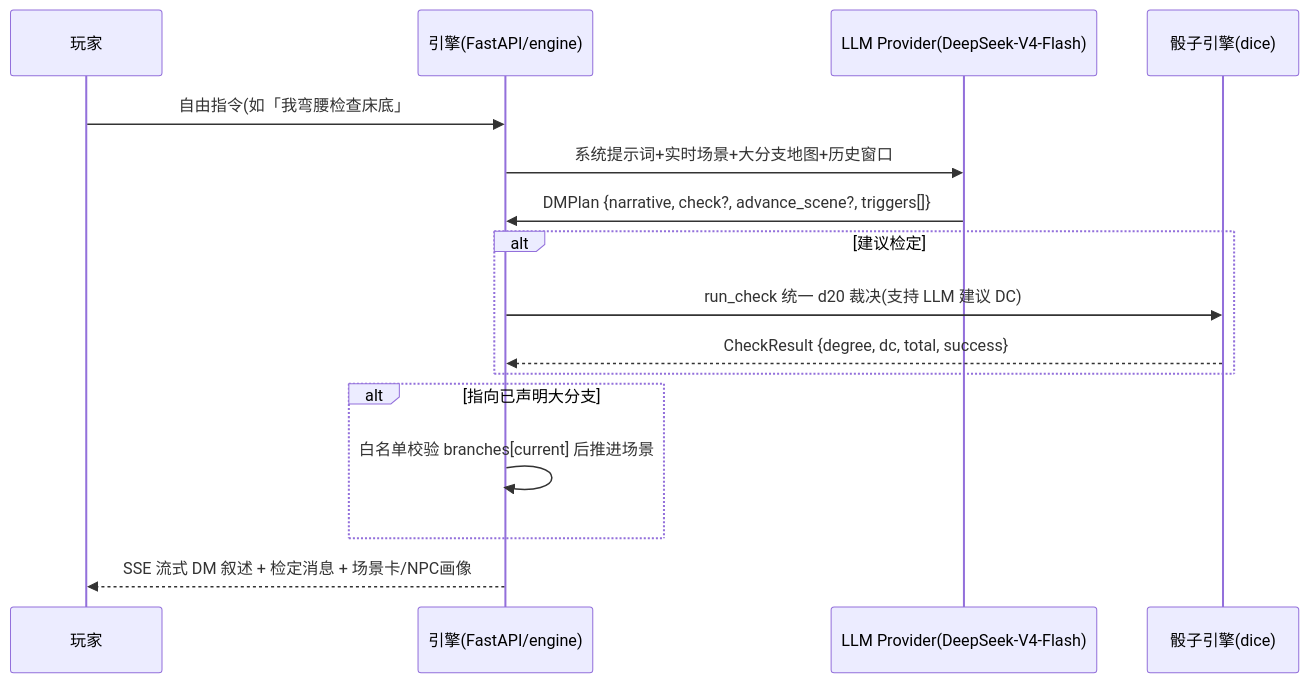
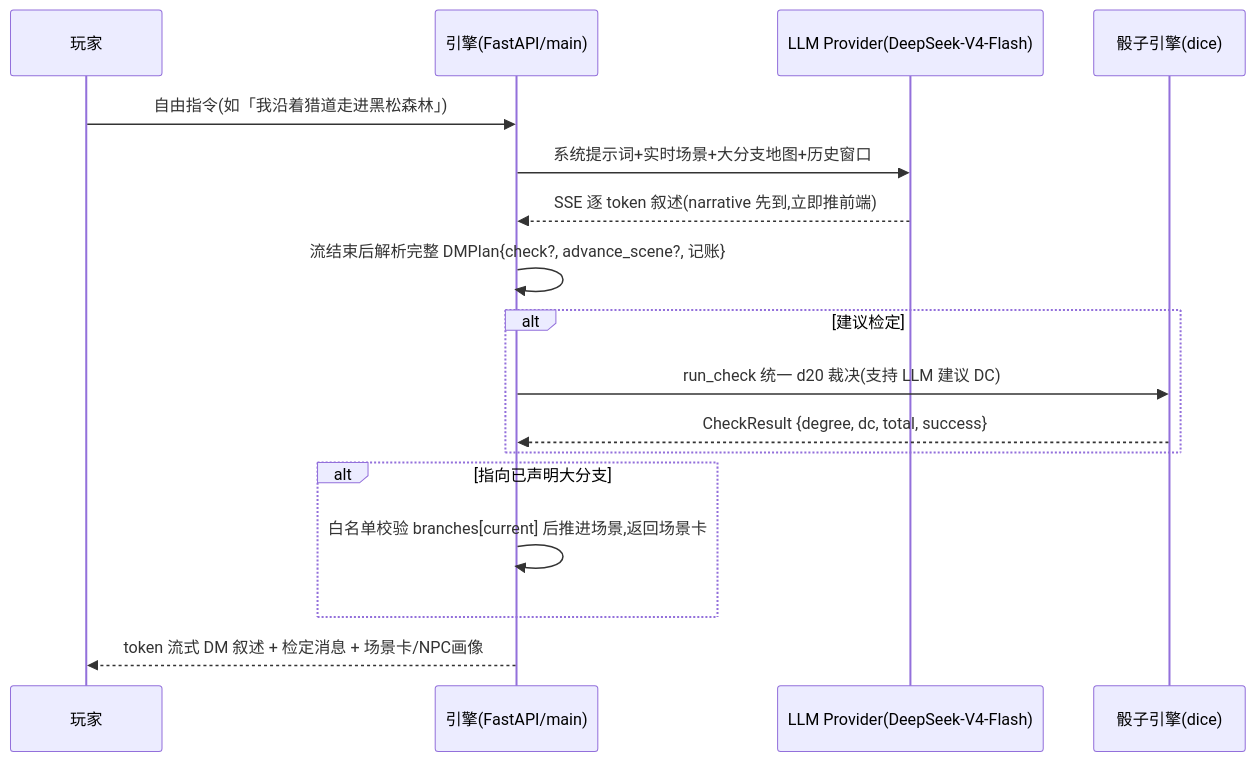
Before and after one commit to 2005hjz/ai-dm: the second of 2 diagrams in README.md, drawn with Mermaid. The commit also changed other lines of this file and 19 other files, not shown here.

````diff
--- a/README.md
+++ b/README.md
@@ -40,18 +35,19 @@
 ```mermaid
 sequenceDiagram
     participant P as 玩家
-    participant E as 引擎(FastAPI/engine)
+    participant E as 引擎(FastAPI/main)
     participant L as LLM Provider(DeepSeek-V4-Flash)
     participant D as 骰子引擎(dice)
-    P->>E: 自由指令(如「我弯腰检查床底」
+    P->>E: 自由指令(如「我沿着猎道走进黑松森林」)
     E->>L: 系统提示词+实时场景+大分支地图+历史窗口
-    L->>E: DMPlan {narrative, check?, advance_scene?, triggers[]}
+    L-->>E: SSE 逐 token 叙述(narrative 先到,立即推前端)
+    E->>E: 流结束后解析完整 DMPlan{check?, advance_scene?, 记账}
     alt 建议检定
         E->>D: run_check 统一 d20 裁决(支持 LLM 建议 DC)
         D-->>E: CheckResult {degree, dc, total, success}
     end
     alt 指向已声明大分支
-        E->>E: 白名单校验 branches[current] 后推进场景
+        E->>E: 白名单校验 branches[current] 后推进场景,返回场景卡
     end
-    E-->>P: SSE 流式 DM 叙述 + 检定消息 + 场景卡/NPC画像
+    E-->>P: token 流式 DM 叙述 + 检定消息 + 场景卡/NPC画像
 ```
````
